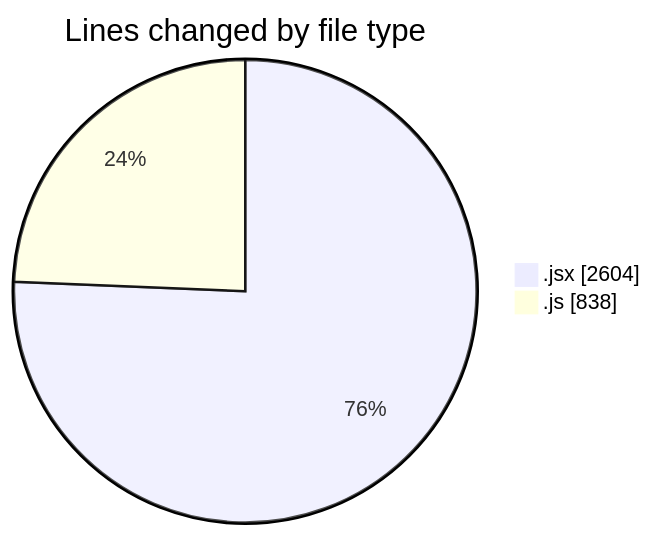
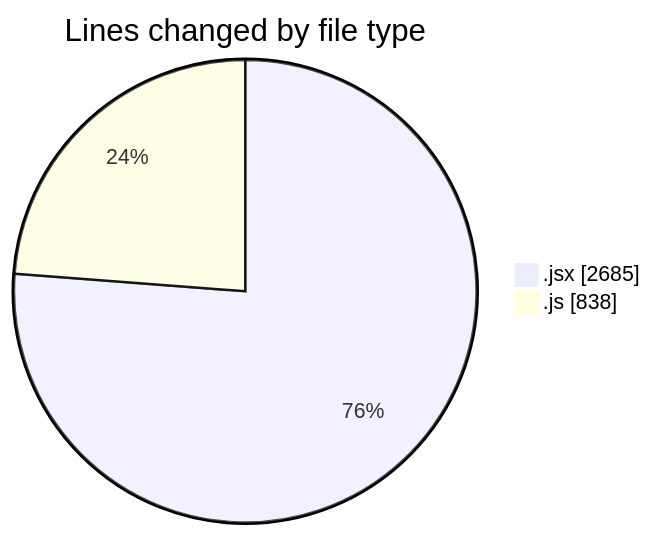
Before and after one commit to nxtqubesakshisongat/code-tracking: the first of 2 diagrams in 2025-09-22/nxtqube_webapp/README.md, drawn with Mermaid. The commit also changed other lines of this file and 1 other file, not shown here.

````diff
--- a/2025-09-22/nxtqube_webapp/README.md
+++ b/2025-09-22/nxtqube_webapp/README.md
@@ -22,6 +22,6 @@
 ```mermaid
 pie showData
 title Lines changed by file type
-".jsx" : 2604
+".jsx" : 2685
 ".js" : 838
 ```
````
